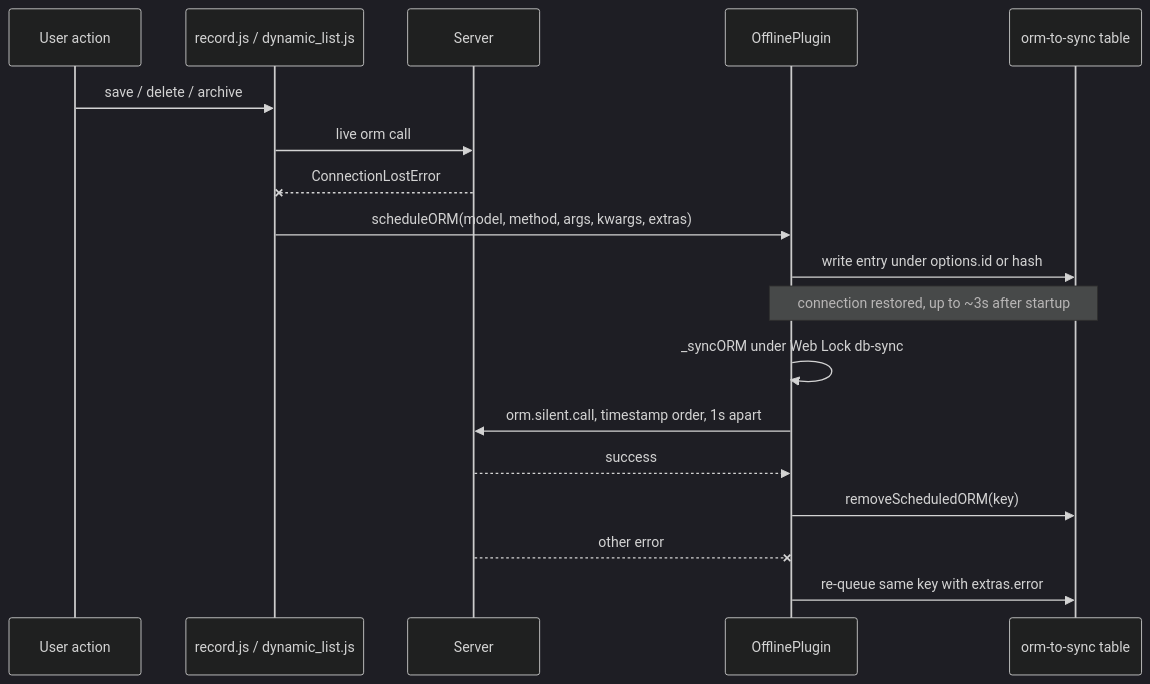
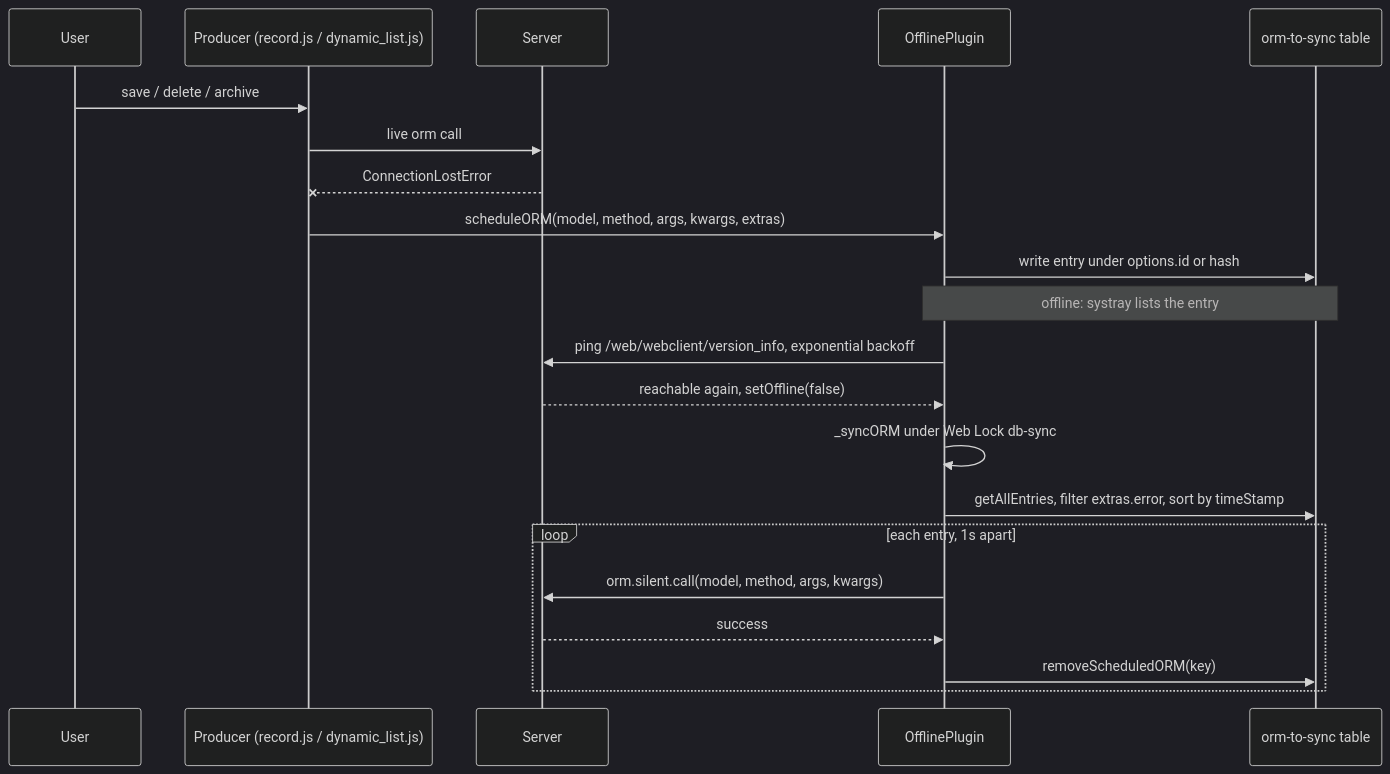
One commit to blitzy-public-samples/odoo changed the diagram in droid-wiki/features/offline-and-pwa/sync-queue.md. Above: the diagram before and after it, drawn with Mermaid (dark theme). The commit also changed other lines of this file and 78 other files, not shown here.

````diff
--- a/droid-wiki/features/offline-and-pwa/sync-queue.md
+++ b/droid-wiki/features/offline-and-pwa/sync-queue.md
@@ -69,20 +56,23 @@
 ```mermaid
 sequenceDiagram
-    participant U as User action
-    participant R as record.js / dynamic_list.js
+    participant U as User
+    participant P as Producer (record.js / dynamic_list.js)
     participant S as Server
-    participant P as OfflinePlugin
+    participant OP as OfflinePlugin
     participant DB as orm-to-sync table
-    U->>R: save / delete / archive
-    R->>S: live orm call
-    S--xR: ConnectionLostError
-    R->>P: scheduleORM(model, method, args, kwargs, extras)
-    P->>DB: write entry under options.id or hash
-    Note over P,DB: connection restored, up to ~3s after startup
-    P->>P: _syncORM under Web Lock db-sync
-    P->>S: orm.silent.call, timestamp order, 1s apart
-    S-->>P: success
-    P->>DB: removeScheduledORM(key)
-    S--xP: other error
-    P->>DB: re-queue same key with extras.error
+    U->>P: save / delete / archive
+    P->>S: live orm call
+    S--xP: ConnectionLostError
+    P->>OP: scheduleORM(model, method, args, kwargs, extras)
+    OP->>DB: write entry under options.id or hash
+    Note over OP,DB: offline: systray lists the entry
+    OP->>S: ping /web/webclient/version_info, exponential backoff
+    S-->>OP: reachable again, setOffline(false)
+    OP->>OP: _syncORM under Web Lock db-sync
+    OP->>DB: getAllEntries, filter extras.error, sort by timeStamp
+    loop each entry, 1s apart
+        OP->>S: orm.silent.call(model, method, args, kwargs)
+        S-->>OP: success
+        OP->>DB: removeScheduledORM(key)
+    end
 ```
````
